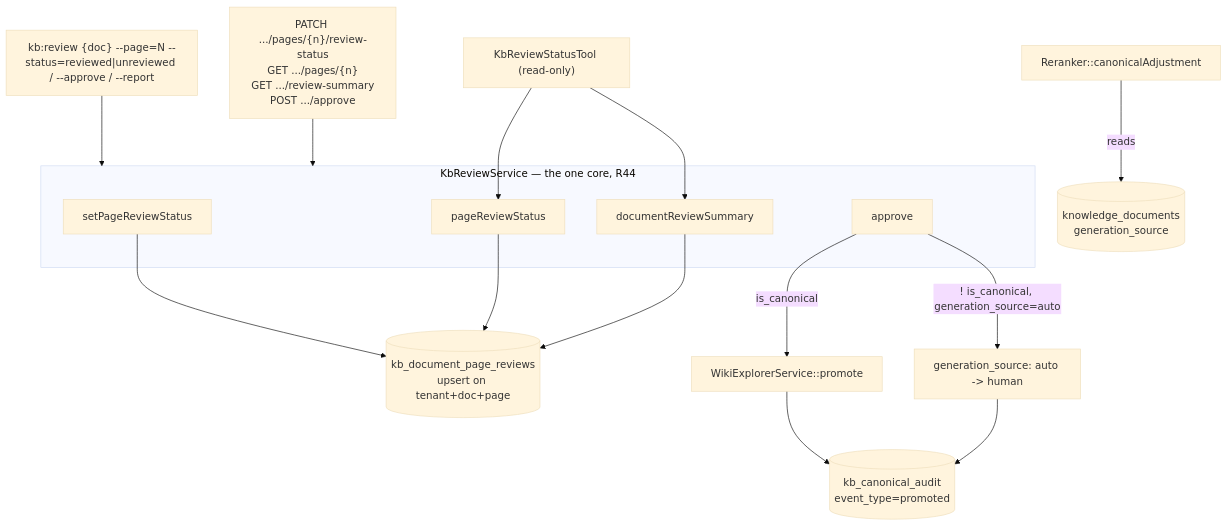
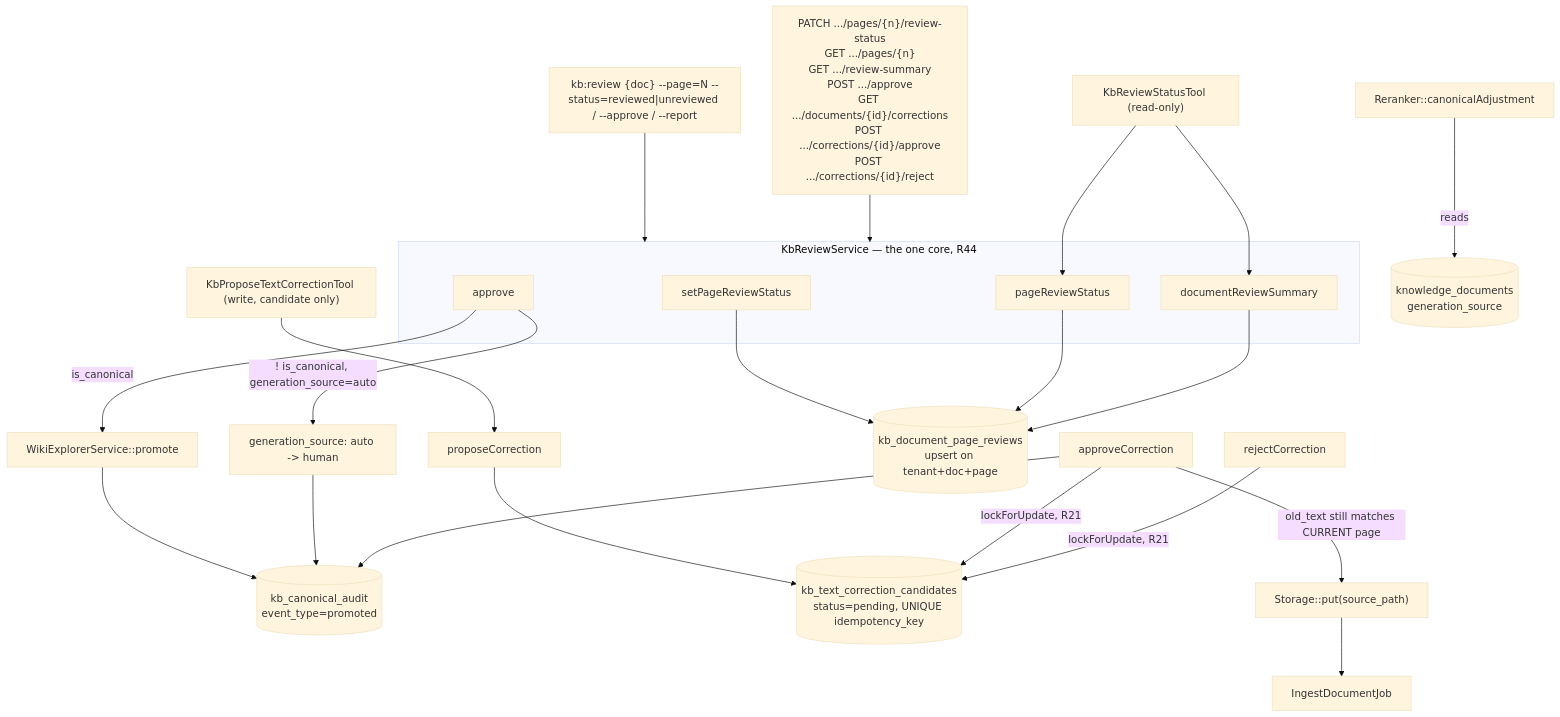
One commit to lopadova/AskMyDocs changed the diagram in docs-site/digitization-review.mdx. Above: the diagram before and after it, drawn with Mermaid (base theme). The commit also changed other lines of this file and 11 other files, not shown here.

````diff
--- a/docs-site/digitization-review.mdx
+++ b/docs-site/digitization-review.mdx
@@ -83,25 +83,37 @@
 ```mermaid
 flowchart TD
     subgraph core[KbReviewService — the one core, R44]
         SET[setPageReviewStatus]
         PAGE[pageReviewStatus]
         SUM[documentReviewSummary]
         APR[approve]
     end
 
+    PROP[proposeCorrection]
+    APC[approveCorrection]
+    REJ[rejectCorrection]
+
     CLI["kb:review {doc} --page=N --status=reviewed|unreviewed / --approve / --report"] --> core
-    HTTP["PATCH .../pages/{n}/review-status\nGET .../pages/{n}\nGET .../review-summary\nPOST .../approve"] --> core
+    HTTP["PATCH .../pages/{n}/review-status\nGET .../pages/{n}\nGET .../review-summary\nPOST .../approve\nGET .../documents/{id}/corrections\nPOST .../corrections/{id}/approve\nPOST .../corrections/{id}/reject"] --> core
     MCP["KbReviewStatusTool (read-only)"] --> PAGE
     MCP --> SUM
+    MCPW["KbProposeTextCorrectionTool (write, candidate only)"] --> PROP
 
     SET --> ROW[(kb_document_page_reviews\nupsert on tenant+doc+page)]
     PAGE --> ROW
     SUM --> ROW
 
     APR -->|is_canonical| PROMOTE[WikiExplorerService::promote]
     APR -->|"! is_canonical, generation_source=auto"| FLIP["generation_source: auto -> human"]
     PROMOTE --> AUDIT[(kb_canonical_audit\nevent_type=promoted)]
     FLIP --> AUDIT
 
+    PROP --> CAND[(kb_text_correction_candidates\nstatus=pending, UNIQUE idempotency_key)]
+    APC -->|"lockForUpdate, R21"| CAND
+    REJ -->|"lockForUpdate, R21"| CAND
+    APC -->|"old_text still matches CURRENT page"| DISK["Storage::put(source_path)"]
+    DISK --> INGEST[IngestDocumentJob]
+    APC --> AUDIT
+
     RANK[Reranker::canonicalAdjustment] -->|reads| DOC[(knowledge_documents\ngeneration_source)]
 ```
````
